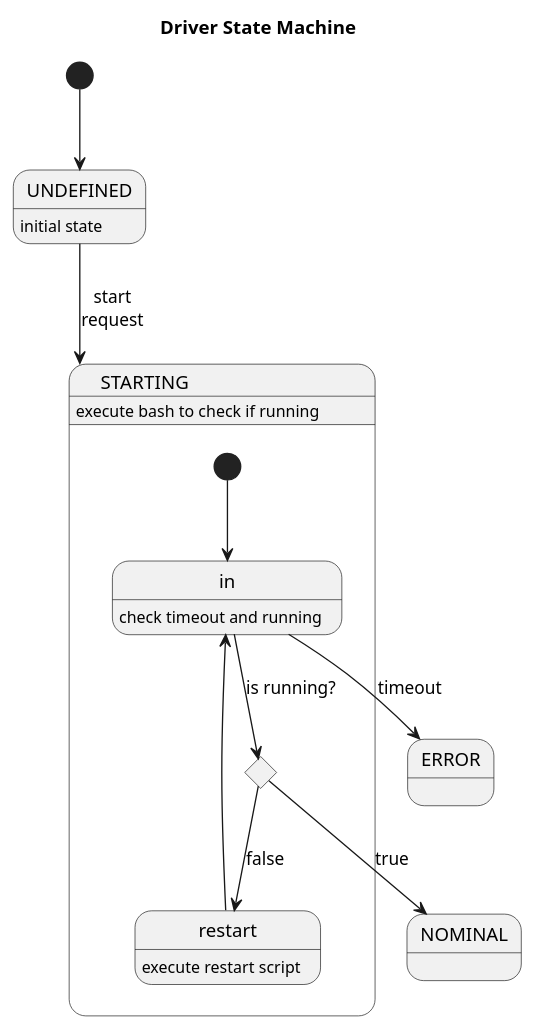
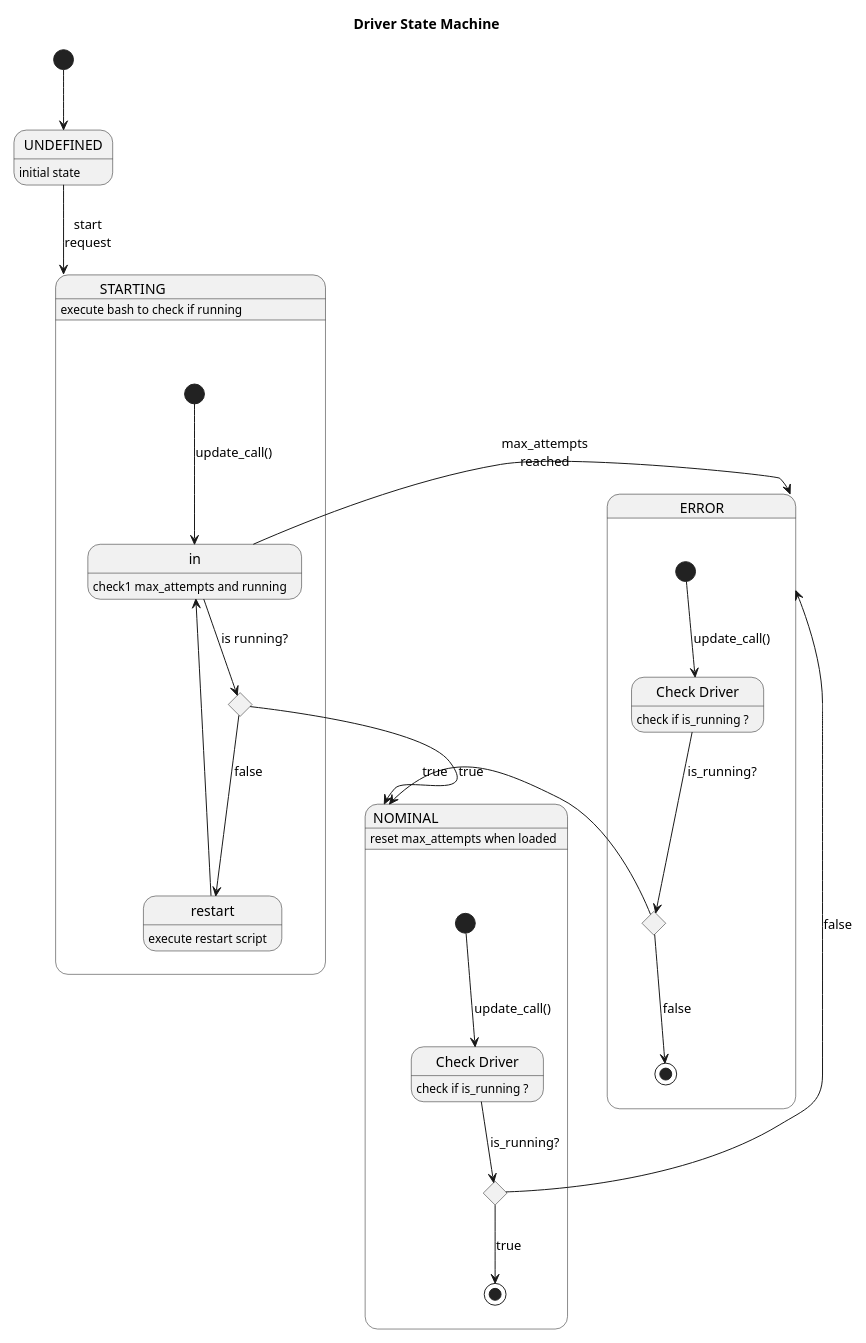
Before and after one commit to aau-cns/ros_watchdog: the second of 2 diagrams in ros_watchdog/doc/umls/StateMachineWatchdog.md, drawn with PlantUML. The commit also changed 21 other files, not shown here.

````diff
--- a/ros_watchdog/doc/umls/StateMachineWatchdog.md
+++ b/ros_watchdog/doc/umls/StateMachineWatchdog.md
@@ -39,40 +39,55 @@
 ```plantuml
 @startuml
 
 skinparam monochrome true
 scale max 1000*1000
 
 title Driver State Machine
 
 state "UNDEFINED" as undef
+state "STARTING" as start
+
 state "STARTING" as start{
   state "init" as in
-  state check <<choice>>
-  state in : check timeout and running
+  state check1 <<choice>>
+  state in : check1 max_attempts and running
   state restart : execute restart script
-  [*] --> in
-  in --> check : is running?
-  check --> restart : false
+  [*] --> in : update_call()
+  in --> check1 : is running?
+  check1 --> restart : false
   restart --> in
 }
-state "NOMINAL" as nominal
-state "ERROR" as error
+state "NOMINAL" as nominal {
+  state check2 <<choice>>
+  state "Check Driver" as incheck2
+  incheck2: check if is_running ?
+  [*] --> incheck2 : update_call()
+  incheck2 --> check2 : is_running?
+  check2 --> [*] : true
+}
+nominal: reset max_attempts when loaded
+
+state "ERROR" as error {
+  state check3 <<choice>>
+  state "Check Driver" as incheck3
+  incheck3: check if is_running ?
+  [*] --> incheck3 : update_call()
+  incheck3 --> check3 : is_running?
+  check3 --> [*] : false
+}
+
 'state "FAILURE" as fail
 
-
-check --> nominal : true
-
+check1 --> nominal : true
+check2 -> error : false
+check3 --> nominal : true
+in -> error : max_attempts\nreached
 
 [*] --> undef
 undef : initial state
-
 undef --> start : start\nrequest
 start : execute bash to check if running
 
 
-in --> error : timeout
-
-
-
 @enduml
 ```
````
